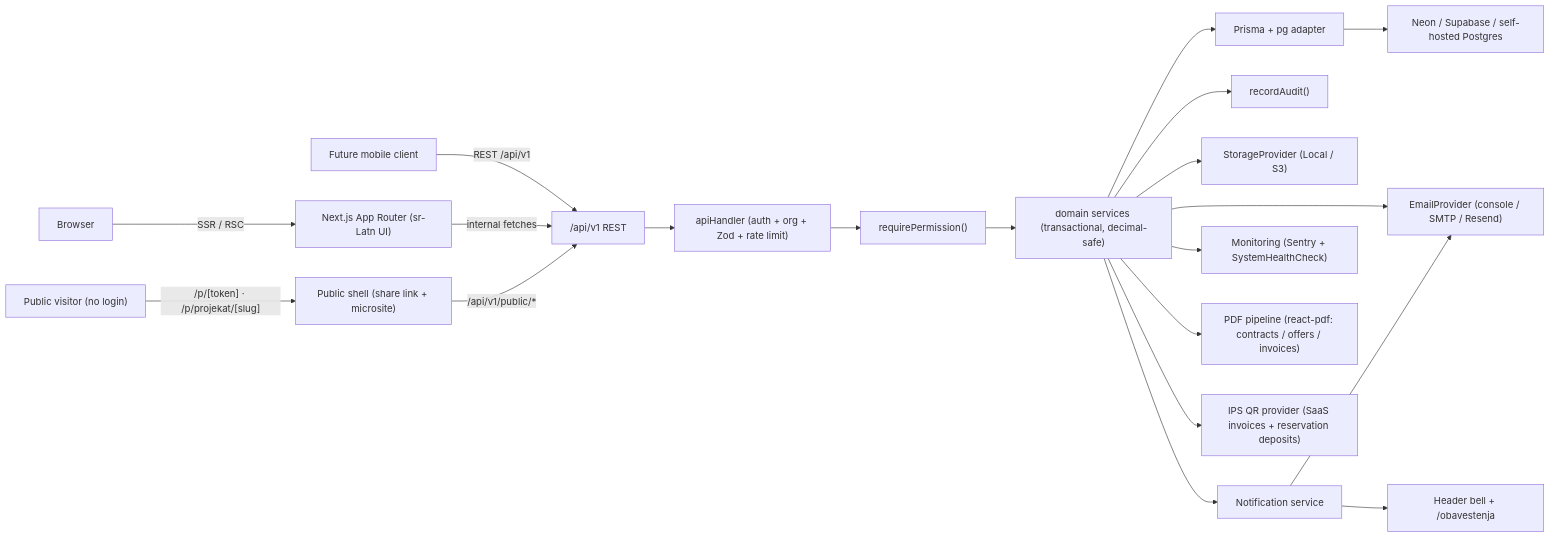
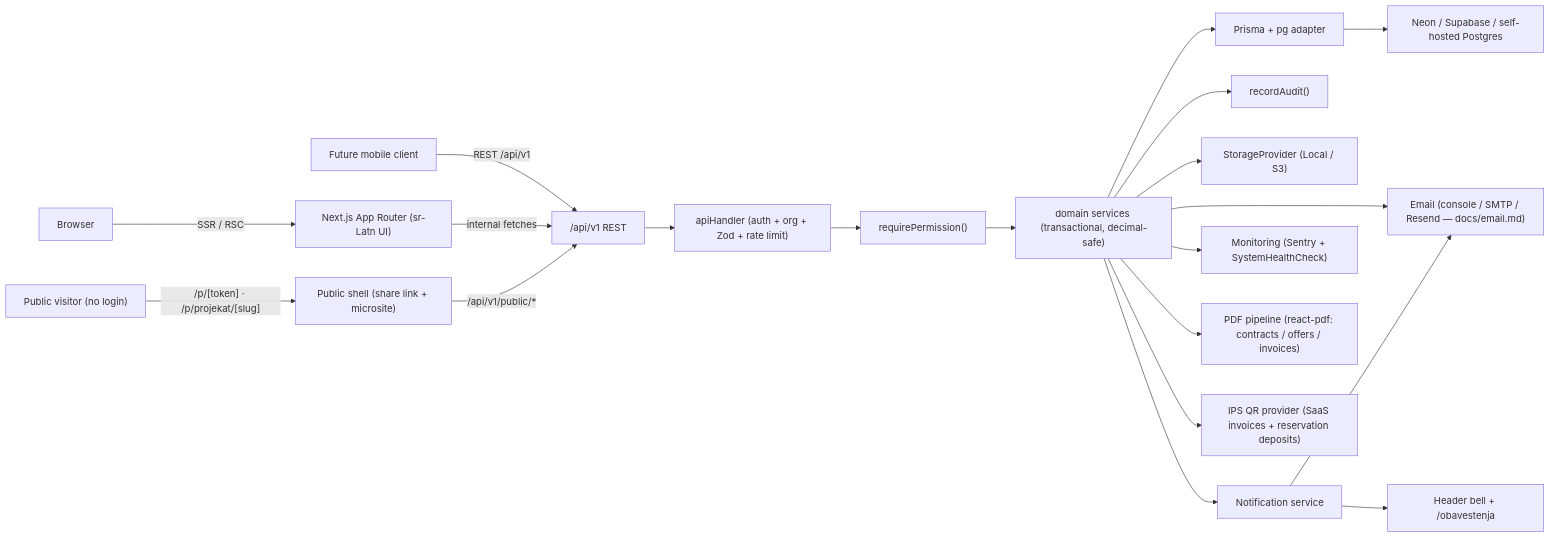
One commit to craftedpixelrs/propertydesk changed the diagram in docs/architecture.md. Above: the diagram before and after it, drawn with Mermaid. The commit also changed other lines of this file and 27 other files, not shown here.

````diff
--- a/docs/architecture.md
+++ b/docs/architecture.md
@@ -11,22 +13,22 @@
 ```mermaid
 flowchart LR
   Browser -->|SSR / RSC| AppShell["Next.js App Router (sr-Latn UI)"]
   Public["Public visitor (no login)"] -->|"/p/[token] · /p/projekat/[slug]"| PublicApp["Public shell (share link + microsite)"]
   MobileFuture["Future mobile client"] -->|REST /api/v1| ApiV1
   AppShell -->|internal fetches| ApiV1["/api/v1 REST"]
   PublicApp -->|"/api/v1/public/*"| ApiV1
   ApiV1 --> Handler["apiHandler (auth + org + Zod + rate limit)"]
   Handler --> Perm["requirePermission()"]
   Perm --> Service["domain services (transactional, decimal-safe)"]
   Service --> Prisma["Prisma + pg adapter"]
   Prisma --> Postgres["Neon / Supabase / self-hosted Postgres"]
   Service --> Audit["recordAudit()"]
   Service --> Storage["StorageProvider (Local / S3)"]
-  Service --> Email["EmailProvider (console / SMTP / Resend)"]
+  Service --> Email["Email (console / SMTP / Resend — docs/email.md)"]
   Service --> Notify["Notification service"]
   Service --> Monitor["Monitoring (Sentry + SystemHealthCheck)"]
   Service --> Pdf["PDF pipeline (react-pdf: contracts / offers / invoices)"]
   Service --> IpsQr["IPS QR provider (SaaS invoices + reservation deposits)"]
   Notify --> Bell["Header bell + /obavestenja"]
   Notify --> Email
 ```
````
